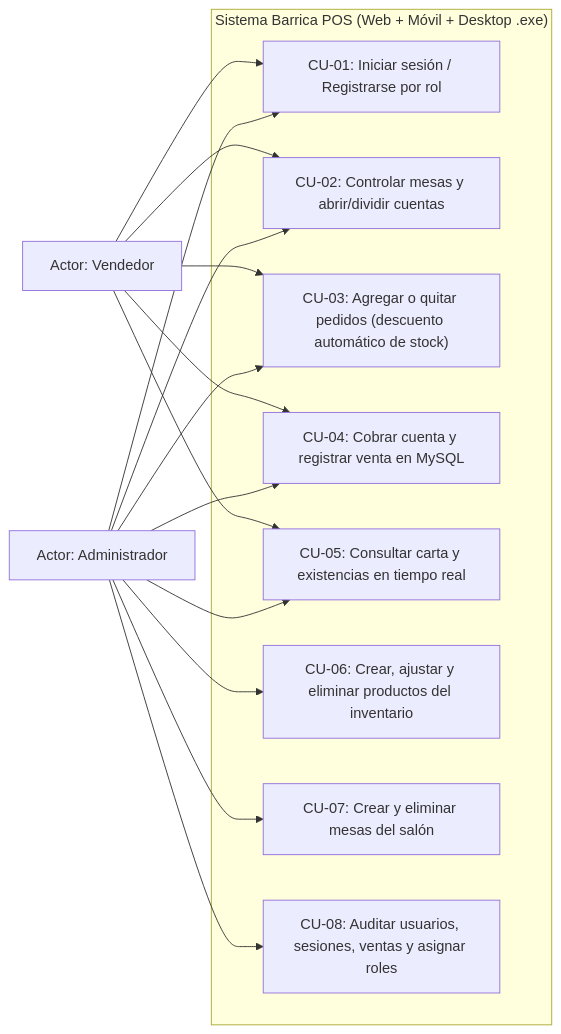
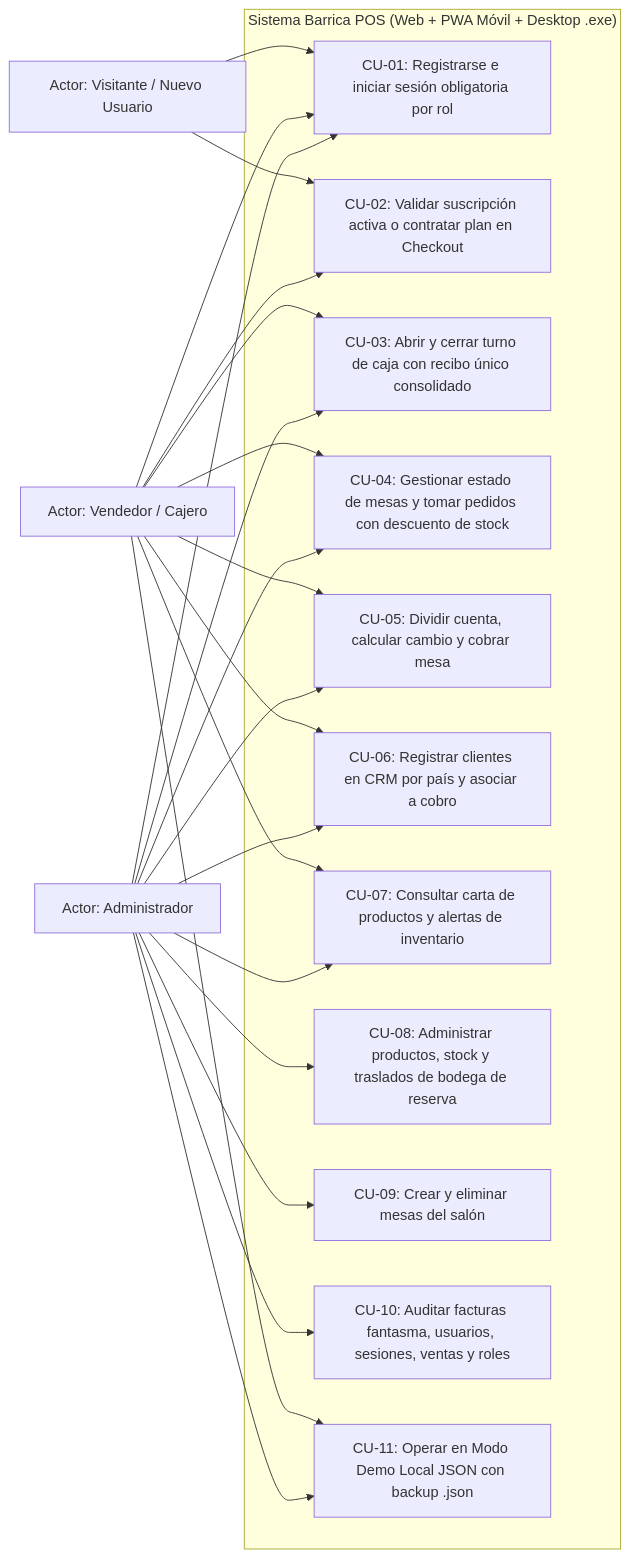
Before and after one commit to andresmunoz-dot/Gestion-Bar: the second of 7 diagrams in docs/DOCUMENTACION_TECNICA.md, drawn with Mermaid. The commit also changed other lines of this file, not shown here.

````diff
--- a/docs/DOCUMENTACION_TECNICA.md
+++ b/docs/DOCUMENTACION_TECNICA.md
@@ -253,31 +250,43 @@
 ```mermaid
 flowchart LR
-    VEND["Actor: Vendedor"]
+    VIS["Actor: Visitante / Nuevo Usuario"]
+    VEND["Actor: Vendedor / Cajero"]
     ADMIN["Actor: Administrador"]
 
-    subgraph Sistema["Sistema Barrica POS (Web + Móvil + Desktop .exe)"]
-        UC1["CU-01: Iniciar sesión / Registrarse por rol"]
-        UC2["CU-02: Controlar mesas y abrir/dividir cuentas"]
-        UC3["CU-03: Agregar o quitar pedidos (descuento automático de stock)"]
-        UC4["CU-04: Cobrar cuenta y registrar venta en MySQL"]
-        UC5["CU-05: Consultar carta y existencias en tiempo real"]
-        UC6["CU-06: Crear, ajustar y eliminar productos del inventario"]
-        UC7["CU-07: Crear y eliminar mesas del salón"]
-        UC8["CU-08: Auditar usuarios, sesiones, ventas y asignar roles"]
+    subgraph Ecosistema["Sistema Barrica POS (Web + PWA Móvil + Desktop .exe)"]
+        UC1["CU-01: Registrarse e iniciar sesión obligatoria por rol"]
+        UC2["CU-02: Validar suscripción activa o contratar plan en Checkout"]
+        UC3["CU-03: Abrir y cerrar turno de caja con recibo único consolidado"]
+        UC4["CU-04: Gestionar estado de mesas y tomar pedidos con descuento de stock"]
+        UC5["CU-05: Dividir cuenta, calcular cambio y cobrar mesa"]
+        UC6["CU-06: Registrar clientes en CRM por país y asociar a cobro"]
+        UC7["CU-07: Consultar carta de productos y alertas de inventario"]
+        UC8["CU-08: Administrar productos, stock y traslados de bodega de reserva"]
+        UC9["CU-09: Crear y eliminar mesas del salón"]
+        UC10["CU-10: Auditar facturas fantasma, usuarios, sesiones, ventas y roles"]
+        UC11["CU-11: Operar en Modo Demo Local JSON con backup .json"]
     end
+
+    VIS --> UC1
+    VIS --> UC2
 
     VEND --> UC1
     VEND --> UC2
     VEND --> UC3
     VEND --> UC4
     VEND --> UC5
+    VEND --> UC6
+    VEND --> UC7
+    VEND --> UC11
 
     ADMIN --> UC1
-    ADMIN --> UC2
     ADMIN --> UC3
     ADMIN --> UC4
     ADMIN --> UC5
     ADMIN --> UC6
     ADMIN --> UC7
     ADMIN --> UC8
+    ADMIN --> UC9
+    ADMIN --> UC10
+    ADMIN --> UC11
 ```
````
